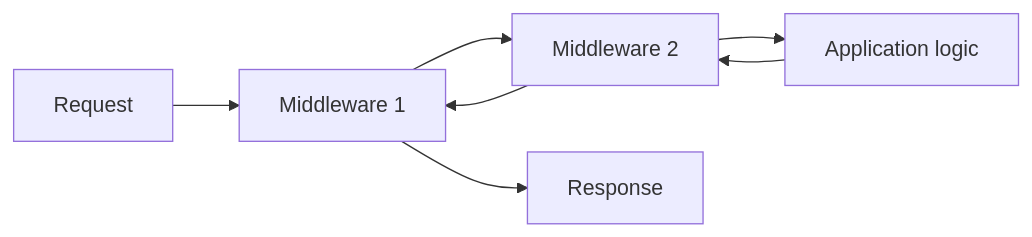
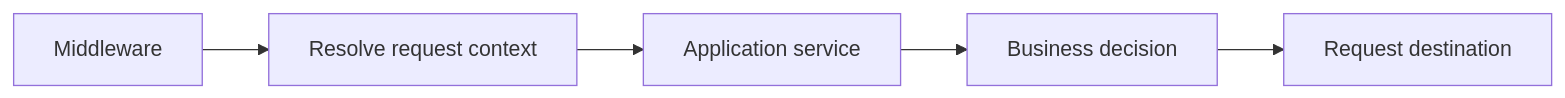
Before and after one commit to shuklasp/spp: the fourth of 5 diagrams in documentation/handbook/14-middleware-and-request-pipeline.md, drawn with Mermaid. The commit also changed other lines of this file, not shown here.

````diff
--- a/documentation/handbook/14-middleware-and-request-pipeline.md
+++ b/documentation/handbook/14-middleware-and-request-pipeline.md
@@ -24,9 +496,7 @@
 ```mermaid
 flowchart LR
-    A[Request] --> B[Middleware 1]
-    B --> C[Middleware 2]
-    C --> D[Application logic]
-    D --> C
-    C --> B
-    B --> E[Response]
+    A[Middleware] --> B[Resolve request context]
+    B --> C[Application service]
+    C --> D[Business decision]
+    D --> E[Request destination]
 ```
````
